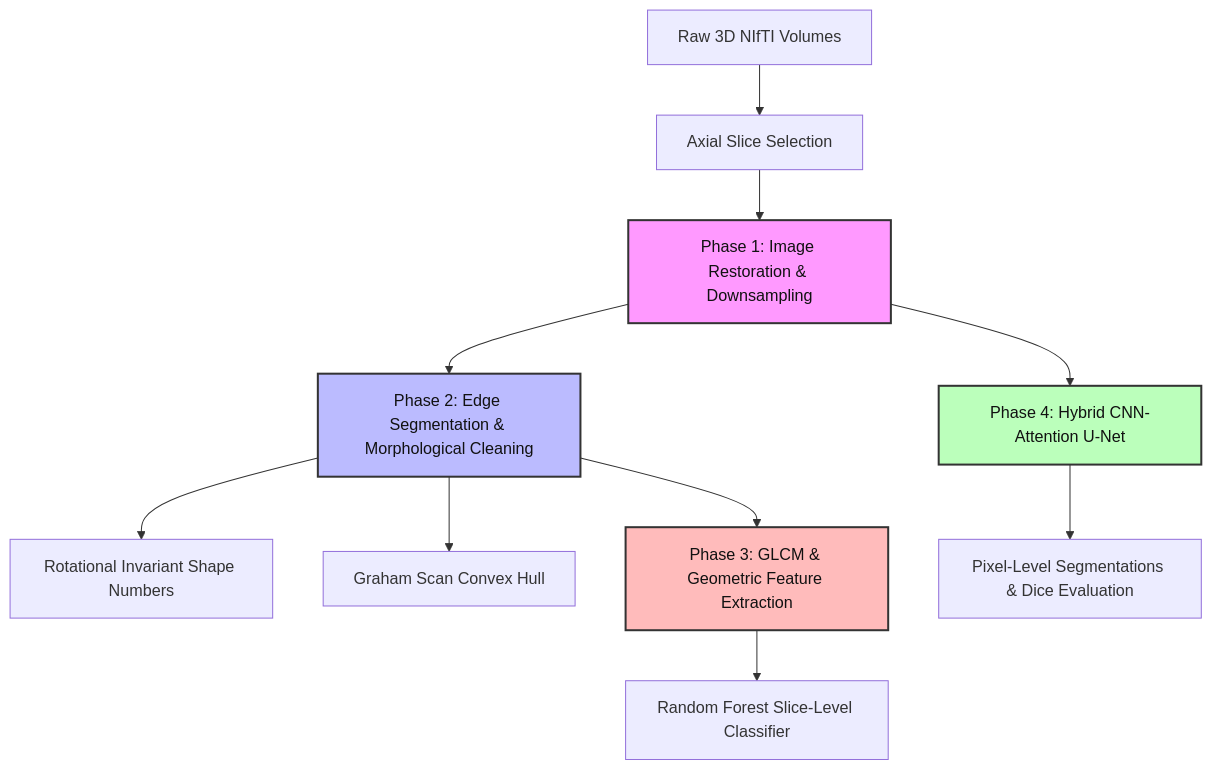
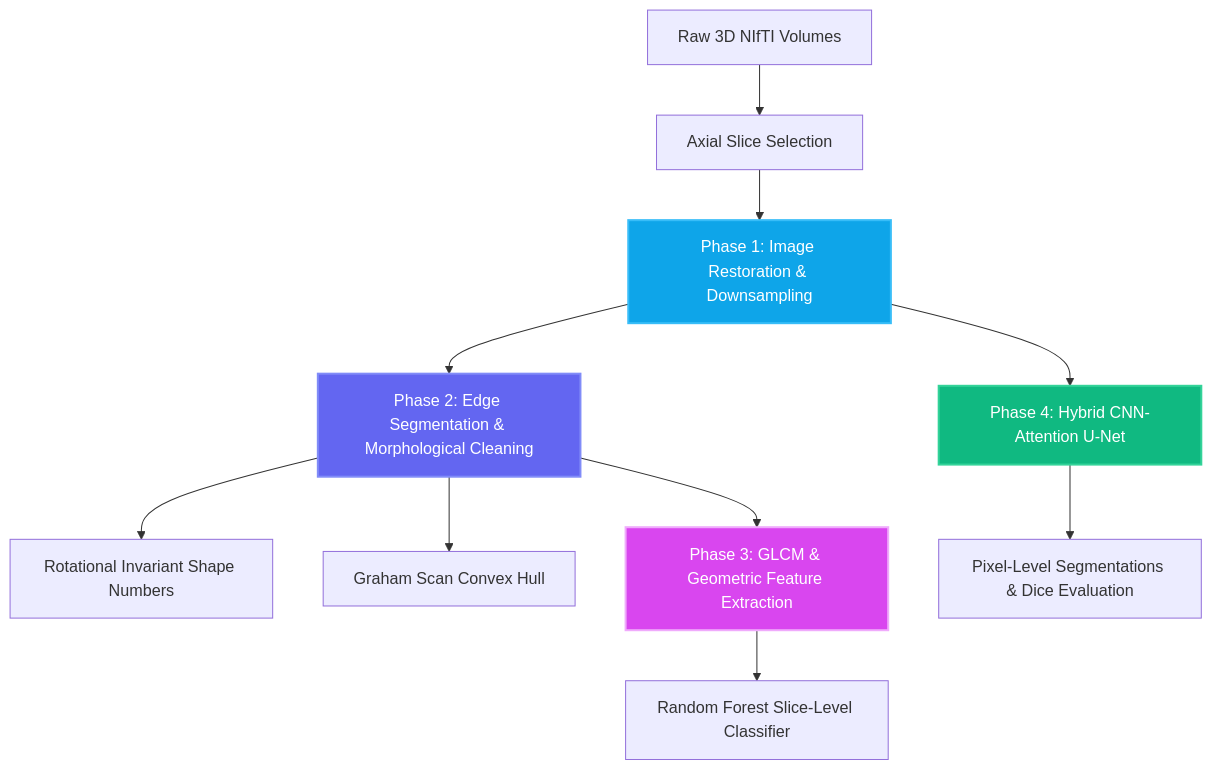
Before and after one commit to shahrukhfu/brain-mri-analysis-deep-vision-pipeline: the diagram in README.md, drawn with Mermaid. The commit also changed other lines of this file and 3 other files, not shown here.

````diff
--- a/README.md
+++ b/README.md
@@ -13,16 +35,16 @@
 ```mermaid
 graph TD
     A[Raw 3D NIfTI Volumes] --> B[Axial Slice Selection]
     B --> C[Phase 1: Image Restoration & Downsampling]
     C --> D[Phase 2: Edge Segmentation & Morphological Cleaning]
     D --> E[Rotational Invariant Shape Numbers]
     D --> F[Graham Scan Convex Hull]
     D --> G[Phase 3: GLCM & Geometric Feature Extraction]
     G --> H[Random Forest Slice-Level Classifier]
     C --> I[Phase 4: Hybrid CNN-Attention U-Net]
     I --> J[Pixel-Level Segmentations & Dice Evaluation]
-    style C fill:#f9f,stroke:#333,stroke-width:2px,color:#111
-    style D fill:#bbf,stroke:#333,stroke-width:2px,color:#111
-    style G fill:#fbb,stroke:#333,stroke-width:2px,color:#111
-    style I fill:#bfb,stroke:#333,stroke-width:2px,color:#111
+    style C fill:#0ea5e9,stroke:#38bdf8,stroke-width:2px,color:#fff
+    style D fill:#6366f1,stroke:#818cf8,stroke-width:2px,color:#fff
+    style G fill:#d946ef,stroke:#f0abfc,stroke-width:2px,color:#fff
+    style I fill:#10b981,stroke:#34d399,stroke-width:2px,color:#fff
 ```
````
